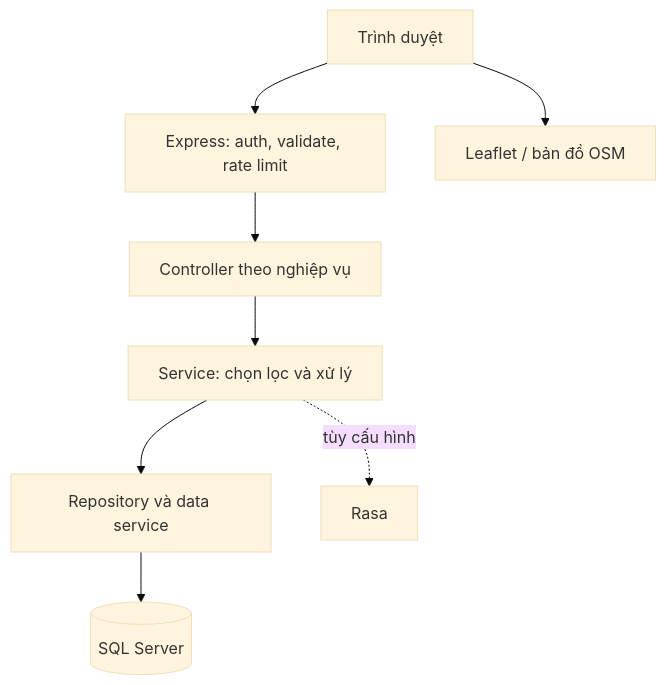
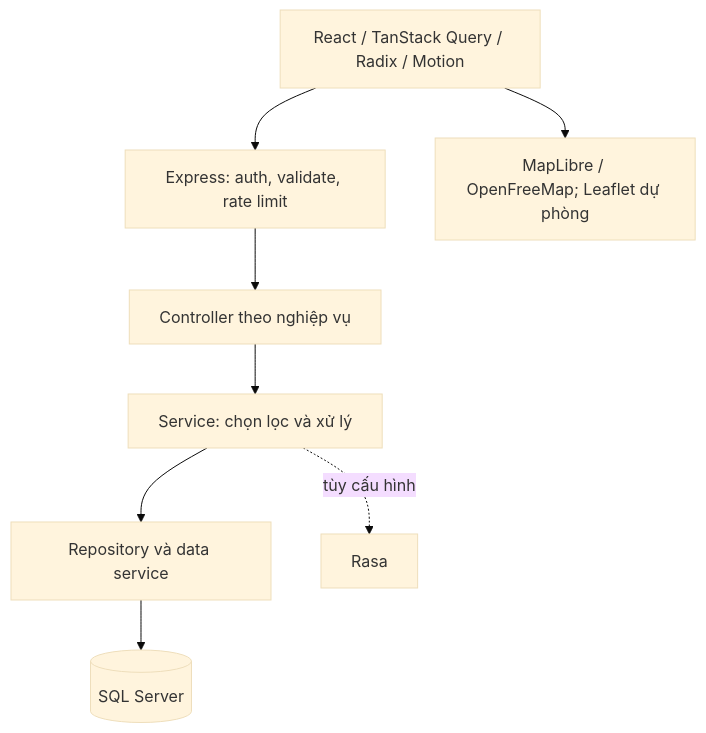
The first of 2 diagrams in docs/current/ARCHITECTURE.md (tulatranty-lang/SmartBus-Travel), drawn with Mermaid (base theme) before and after one commit. The commit also changed other lines of this file and 55 other files, not shown here.

````diff
--- a/docs/current/ARCHITECTURE.md
+++ b/docs/current/ARCHITECTURE.md
@@ -5,10 +5,10 @@
 ```mermaid
 flowchart TB
-    B["Trình duyệt"] --> E["Express: auth, validate, rate limit"]
+    B["React / TanStack Query / Radix / Motion"] --> E["Express: auth, validate, rate limit"]
     E --> C["Controller theo nghiệp vụ"]
     C --> S["Service: chọn lọc và xử lý"]
     S --> R["Repository và data service"]
     R --> DB[("SQL Server")]
-    B --> M["Leaflet / bản đồ OSM"]
+    B --> M["MapLibre / OpenFreeMap; Leaflet dự phòng"]
     S -. "tùy cấu hình" .-> NLP["Rasa"]
 ```
````
